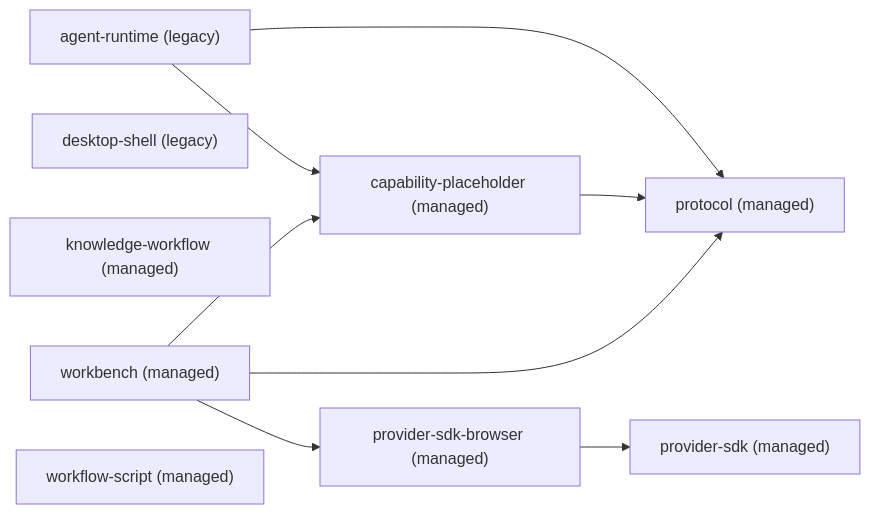
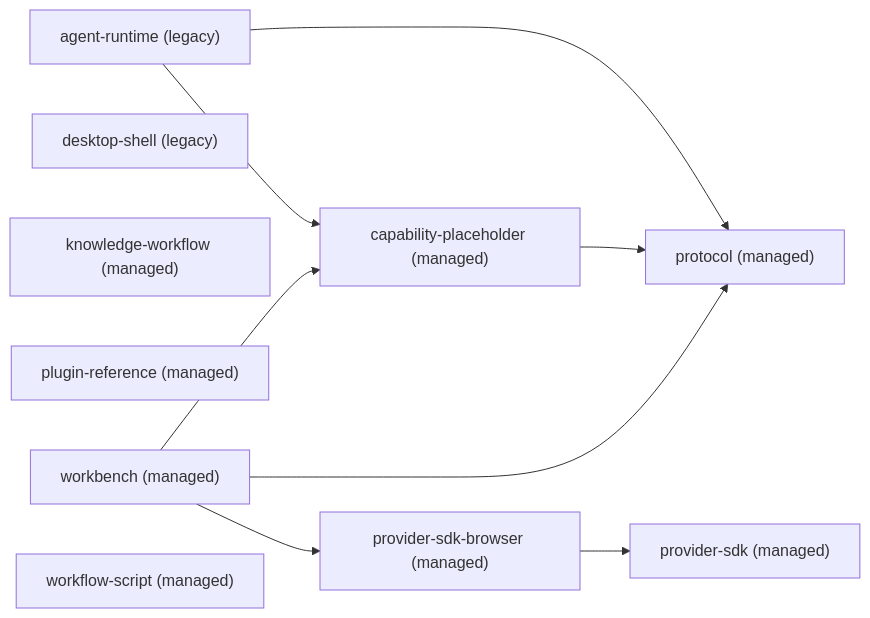
The diagram in dependency-graph.mmd (bear20252026/b07-build), drawn with Mermaid before and after one commit. The commit also changed 9 other files, not shown here.

```diff
--- a/dependency-graph.mmd
+++ b/dependency-graph.mmd
@@ -1,19 +1,20 @@
 %% 架构模块依赖图：由 `npm run architecture:graph` 生成，请勿手工编辑。
 %% managed = 受 architecture-policy.yaml 强校验；legacy = 存量模块，仅记录。
 graph LR
   m_agent_runtime["agent-runtime (legacy)"]
   m_capability_placeholder["capability-placeholder (managed)"]
   m_desktop_shell["desktop-shell (legacy)"]
   m_knowledge_workflow["knowledge-workflow (managed)"]
+  m_plugin_reference["plugin-reference (managed)"]
   m_protocol["protocol (managed)"]
   m_provider_sdk["provider-sdk (managed)"]
   m_provider_sdk_browser["provider-sdk-browser (managed)"]
   m_workbench["workbench (managed)"]
   m_workflow_script["workflow-script (managed)"]
   m_agent_runtime --> m_capability_placeholder
   m_agent_runtime --> m_protocol
   m_capability_placeholder --> m_protocol
   m_provider_sdk_browser --> m_provider_sdk
   m_workbench --> m_capability_placeholder
   m_workbench --> m_protocol
   m_workbench --> m_provider_sdk_browser
```
